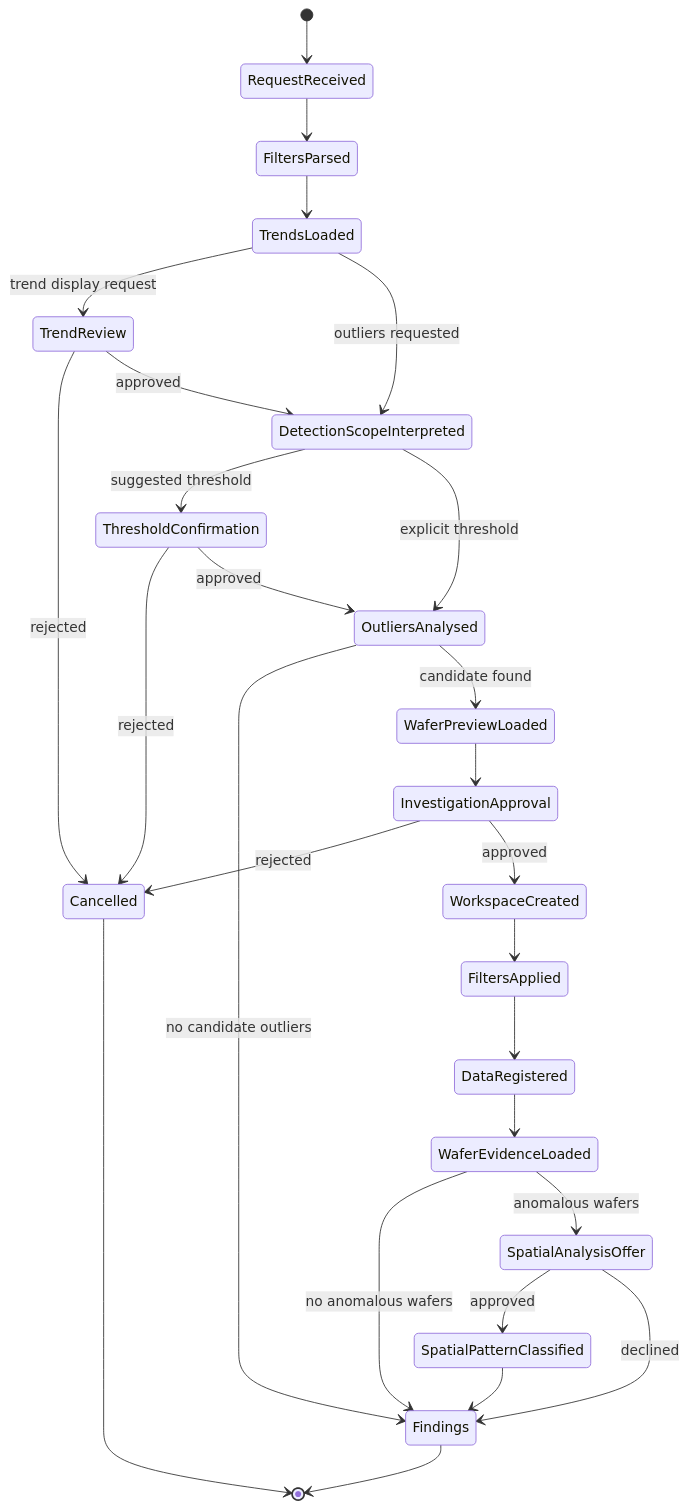
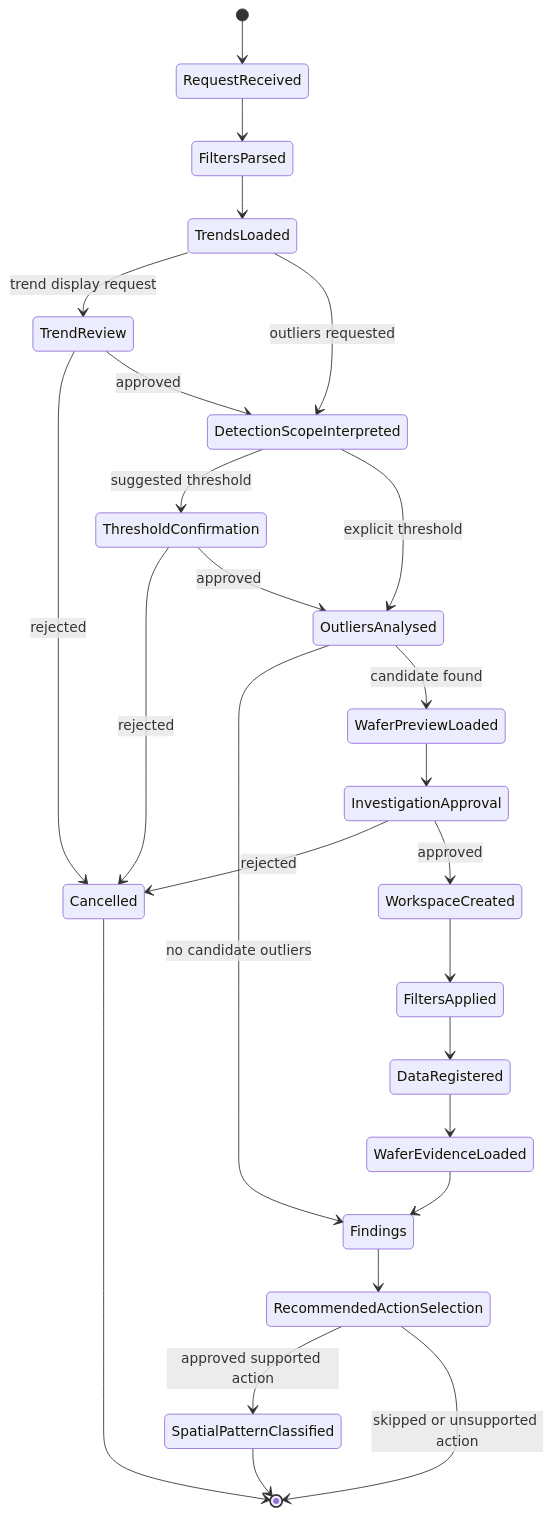
Before and after one commit to girishchanderkalia/analytics-agent-fwk: the diagram in agents/opo-monitoring/state-model.md, drawn with Mermaid. The commit also changed other lines of this file and 6 other files, not shown here.

````diff
--- a/agents/opo-monitoring/state-model.md
+++ b/agents/opo-monitoring/state-model.md
@@ -176,34 +181,32 @@
 ```mermaid
 stateDiagram-v2
     [*] --> RequestReceived
     RequestReceived --> FiltersParsed
     FiltersParsed --> TrendsLoaded
     TrendsLoaded --> TrendReview: trend display request
     TrendsLoaded --> DetectionScopeInterpreted: outliers requested
     TrendReview --> Cancelled: rejected
     TrendReview --> DetectionScopeInterpreted: approved
 
     DetectionScopeInterpreted --> ThresholdConfirmation: suggested threshold
     DetectionScopeInterpreted --> OutliersAnalysed: explicit threshold
     ThresholdConfirmation --> Cancelled: rejected
     ThresholdConfirmation --> OutliersAnalysed: approved
 
     OutliersAnalysed --> Findings: no candidate outliers
     OutliersAnalysed --> WaferPreviewLoaded: candidate found
     WaferPreviewLoaded --> InvestigationApproval
 
     InvestigationApproval --> Cancelled: rejected
     InvestigationApproval --> WorkspaceCreated: approved
 
     WorkspaceCreated --> FiltersApplied
     FiltersApplied --> DataRegistered
     DataRegistered --> WaferEvidenceLoaded
-    WaferEvidenceLoaded --> Findings: no anomalous wafers
-    WaferEvidenceLoaded --> SpatialAnalysisOffer: anomalous wafers
-    SpatialAnalysisOffer --> SpatialPatternClassified: approved
-    SpatialAnalysisOffer --> Findings: declined
-    SpatialPatternClassified --> Findings
-
-    Findings --> [*]
+    WaferEvidenceLoaded --> Findings
+    Findings --> RecommendedActionSelection
+    RecommendedActionSelection --> SpatialPatternClassified: approved supported action
+    RecommendedActionSelection --> [*]: skipped or unsupported action
+    SpatialPatternClassified --> [*]
     Cancelled --> [*]
 ```
````
